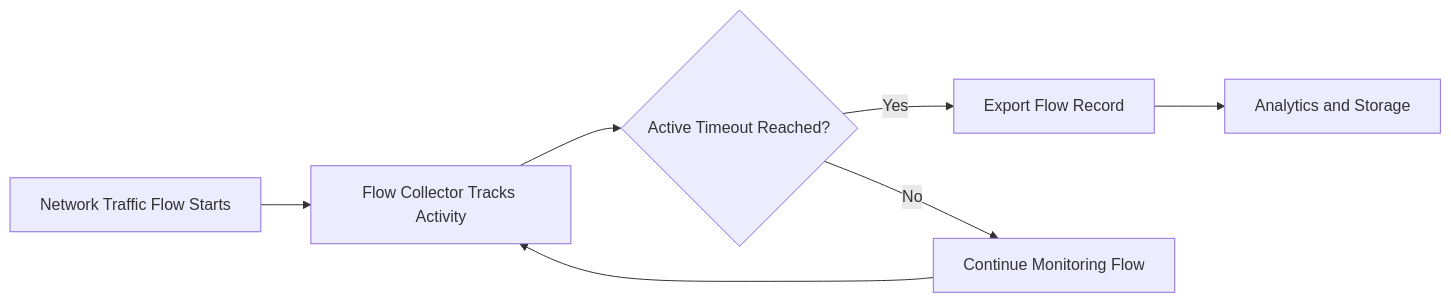
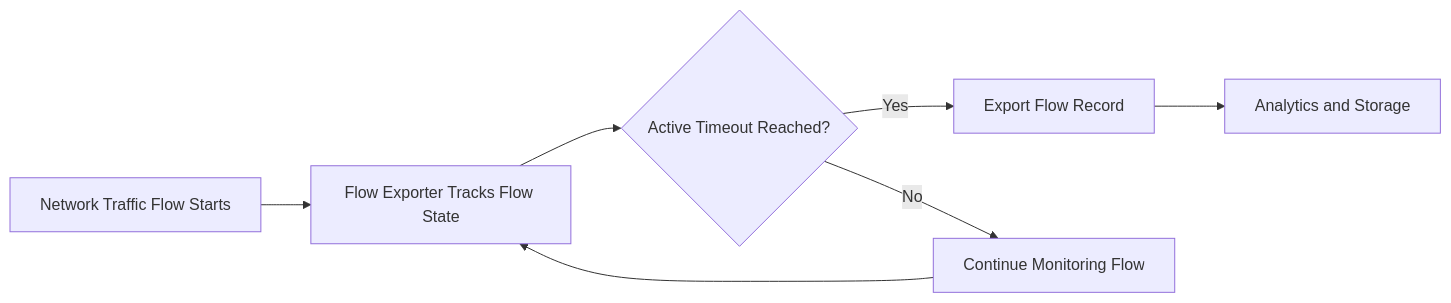
Before and after one commit to trisulnsm/trisullearn: the diagram in glossary/docs/A/active-flow-timeout.md, drawn with Mermaid. The commit also changed other lines of this file and 5 other files, not shown here.

````diff
--- a/glossary/docs/A/active-flow-timeout.md
+++ b/glossary/docs/A/active-flow-timeout.md
@@ -47,12 +28,12 @@
 ```mermaid
 flowchart LR
-    A[Network Traffic Flow Starts] --> B[Flow Collector Tracks Activity]
+    A[Network Traffic Flow Starts] --> B[Flow Exporter Tracks Flow State]
 
     B --> C{Active Timeout Reached?}
 
     C -->|Yes| D[Export Flow Record]
     C -->|No| E[Continue Monitoring Flow]
 
     D --> F[Analytics and Storage]
     E --> B
 ```
````
